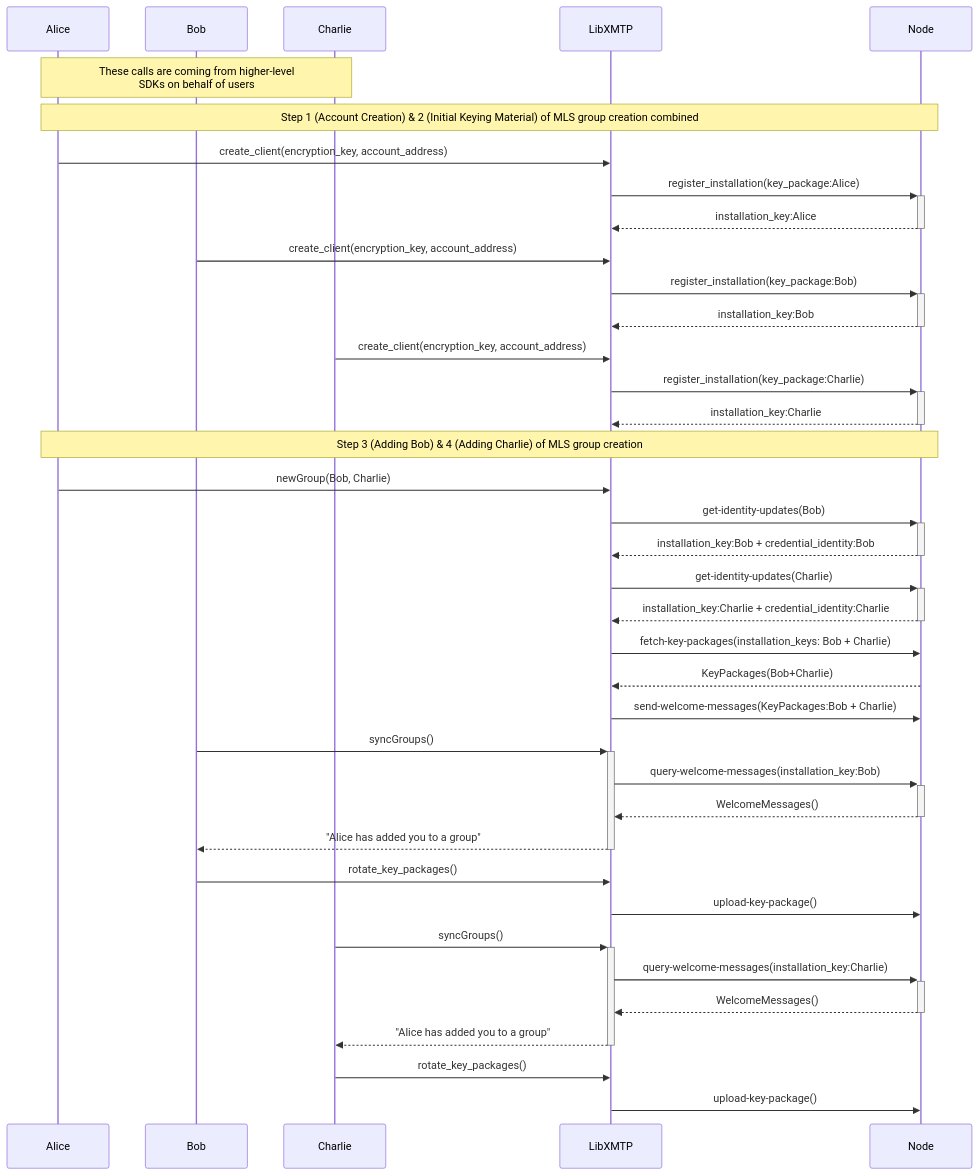
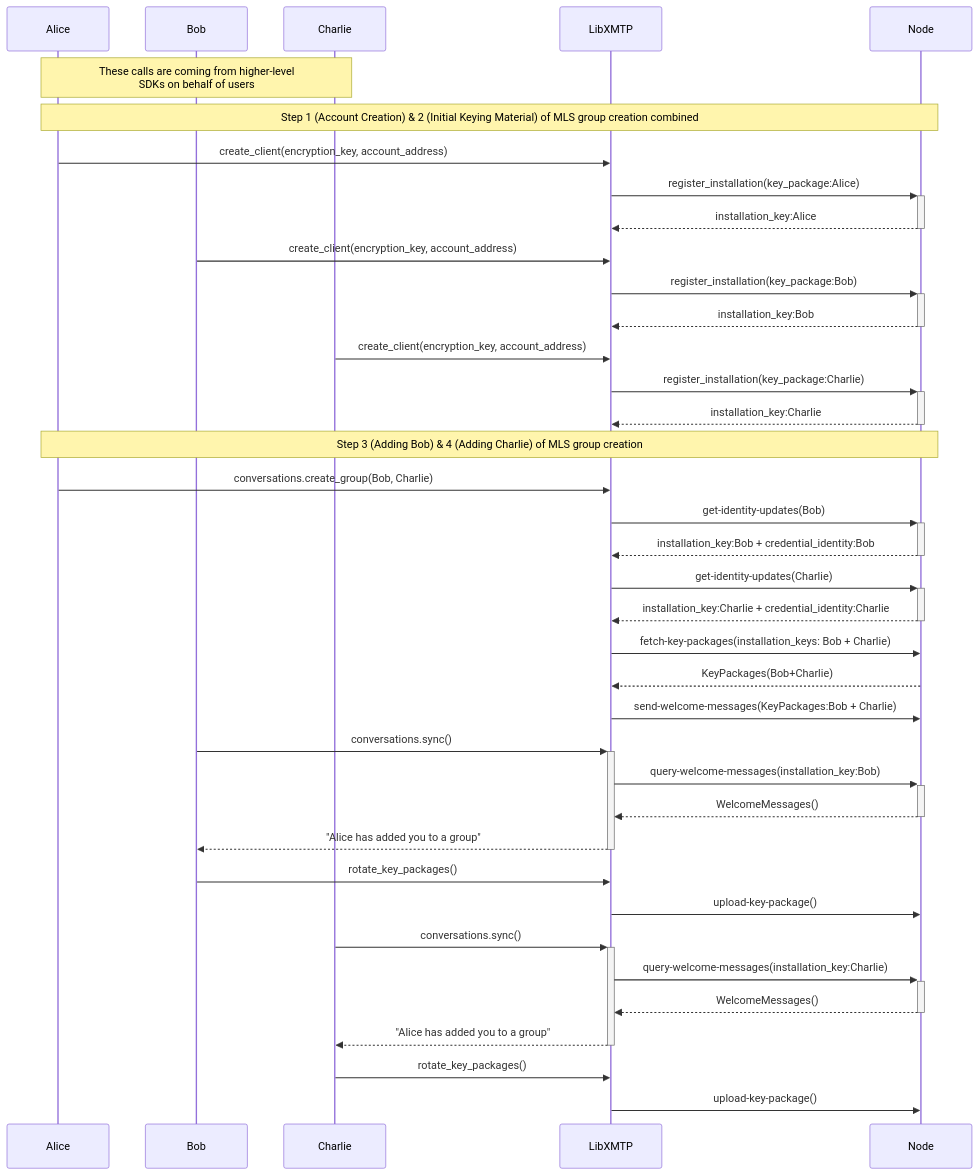
Before and after one commit to xmtp/libxmtp: the first of 4 diagrams in diagrams/diagrams.md, drawn with Mermaid. The commit also changed other lines of this file and 3 other files, not shown here.

````diff
--- a/diagrams/diagrams.md
+++ b/diagrams/diagrams.md
@@ -14,42 +16,42 @@
 ```mermaid
 sequenceDiagram
     participant Alice
     participant Bob
     participant Charlie
     participant LibXMTP
     participant Node
 
     Note over Alice,Charlie: These calls are coming from higher-level<br/> SDKs on behalf of users
     Note over Alice,Node: Step 1 (Account Creation) & 2 (Initial Keying Material) of MLS group creation combined
     Alice->>LibXMTP: create_client(encryption_key, account_address)
     LibXMTP->>+Node: register_installation(key_package:Alice)
     Node-->>-LibXMTP: installation_key:Alice
     Bob->>LibXMTP: create_client(encryption_key, account_address)
     LibXMTP->>+Node: register_installation(key_package:Bob)
     Node-->>-LibXMTP: installation_key:Bob
     Charlie->>LibXMTP: create_client(encryption_key, account_address)
     LibXMTP->>+Node: register_installation(key_package:Charlie)
     Node-->>-LibXMTP: installation_key:Charlie 
 
     Note over Alice,Node: Step 3 (Adding Bob) & 4 (Adding Charlie) of MLS group creation
-    Alice->>LibXMTP: newGroup(Bob, Charlie)
+    Alice->>LibXMTP: conversations.create_group(Bob, Charlie)
     LibXMTP->>+Node: get-identity-updates(Bob)
     Node-->>-LibXMTP: installation_key:Bob + credential_identity:Bob
     LibXMTP->>+Node: get-identity-updates(Charlie)
     Node-->>-LibXMTP: installation_key:Charlie + credential_identity:Charlie   
     LibXMTP->>Node: fetch-key-packages(installation_keys: Bob + Charlie)
     Node-->>LibXMTP: KeyPackages(Bob+Charlie) 
     LibXMTP->>Node: send-welcome-messages(KeyPackages:Bob + Charlie)
-    Bob->>+LibXMTP: syncGroups()
+    Bob->>+LibXMTP: conversations.sync()
     LibXMTP->>+Node: query-welcome-messages(installation_key:Bob)
     Node-->>-LibXMTP: WelcomeMessages()
     LibXMTP-->>-Bob: "Alice has added you to a group"   
     Bob->>LibXMTP: rotate_key_packages()
     LibXMTP->>Node: upload-key-package()
-    Charlie->>+LibXMTP: syncGroups()
+    Charlie->>+LibXMTP: conversations.sync()
     LibXMTP->>+Node: query-welcome-messages(installation_key:Charlie)
     Node-->>-LibXMTP: WelcomeMessages()
     LibXMTP-->>-Charlie: "Alice has added you to a group"   
     Charlie->>LibXMTP: rotate_key_packages()
     LibXMTP->>Node: upload-key-package() 
 ```
````
